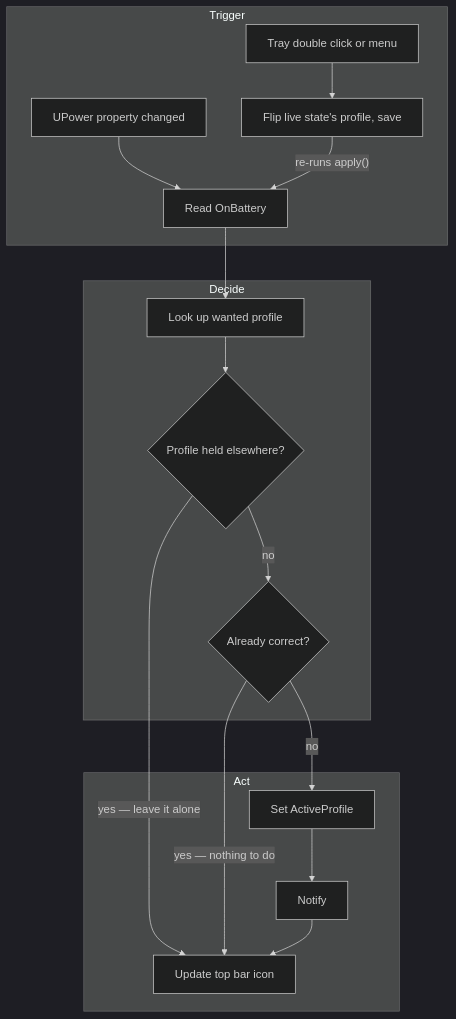
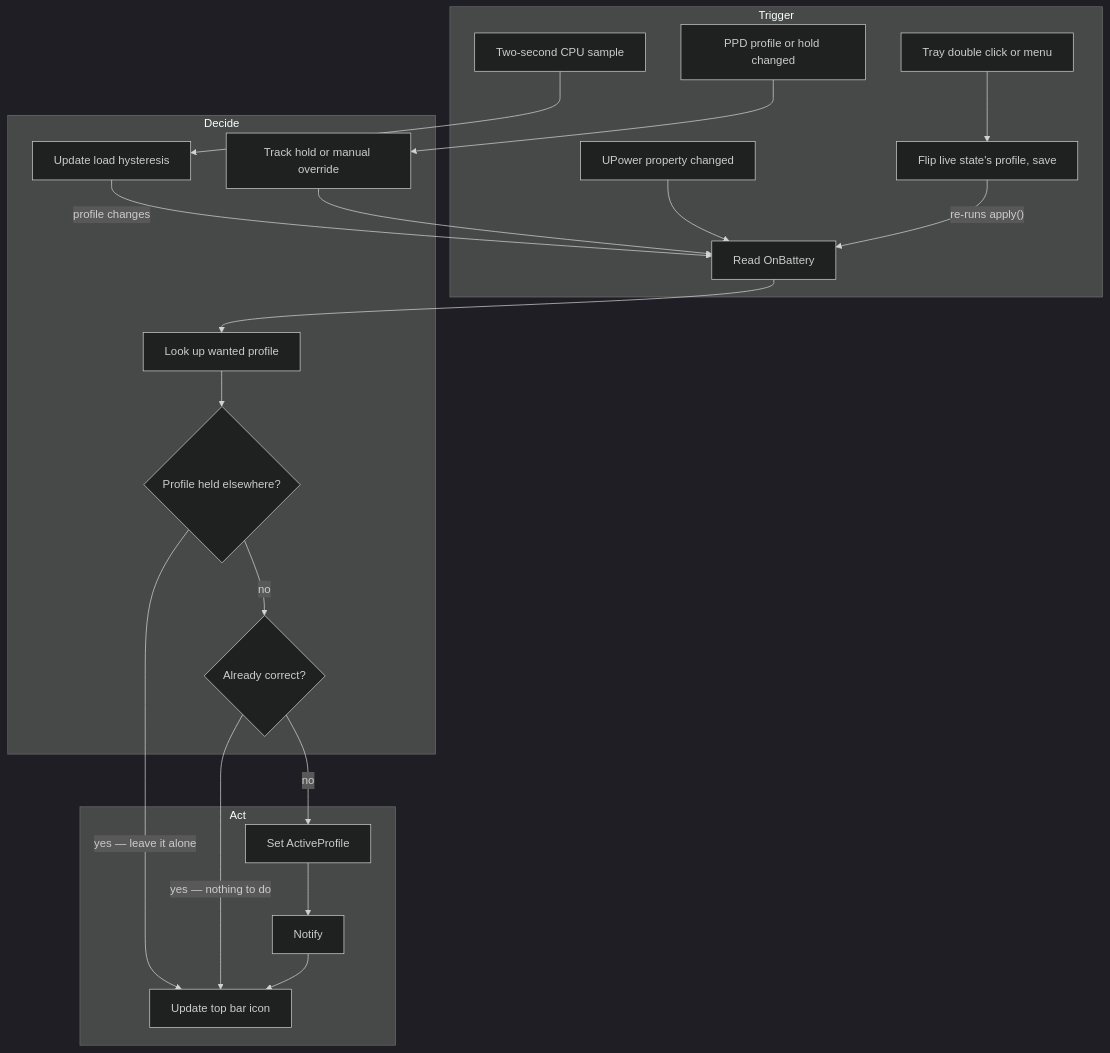
Before and after one commit to mattyv/powerswitch: the second of 2 diagrams in README.md, drawn with Mermaid (dark theme). The commit also changed other lines of this file and 4 other files, not shown here.

````diff
--- a/README.md
+++ b/README.md
@@ -95,30 +112,38 @@
 ```mermaid
 flowchart TD
   subgraph trigger["Trigger"]
     event["UPower property changed"]
+    sample["Two-second CPU sample"]
+    ppdevent["PPD profile or hold changed"]
     toggle["Tray double click or menu"]
     flipcfg["Flip live state's profile, save"]
     readstate["Read OnBattery"]
   end
   subgraph decide["Decide"]
+    loadpolicy["Update load hysteresis"]
+    override["Track hold or manual override"]
     readcfg["Look up wanted profile"]
     held{"Profile held elsewhere?"}
     same{"Already correct?"}
   end
   subgraph act["Act"]
     write["Set ActiveProfile"]
     notify["Notify"]
     tray["Update top bar icon"]
   end
   event --> readstate
+  sample --> loadpolicy
+  loadpolicy -->|"profile changes"| readstate
+  ppdevent --> override
+  override --> readstate
   toggle --> flipcfg
   flipcfg -->|"re-runs apply()"| readstate
   readstate --> readcfg
   readcfg --> held
   held -->|"yes — leave it alone"| tray
   held -->|"no"| same
   same -->|"yes — nothing to do"| tray
   same -->|"no"| write
   write --> notify
   notify --> tray
 ```
````
